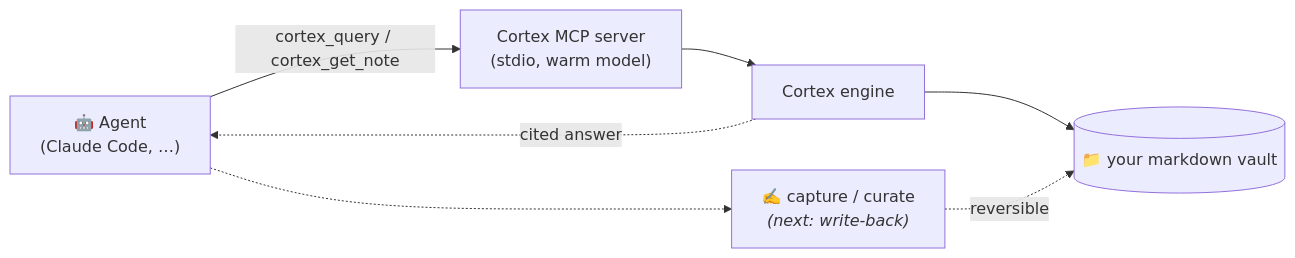
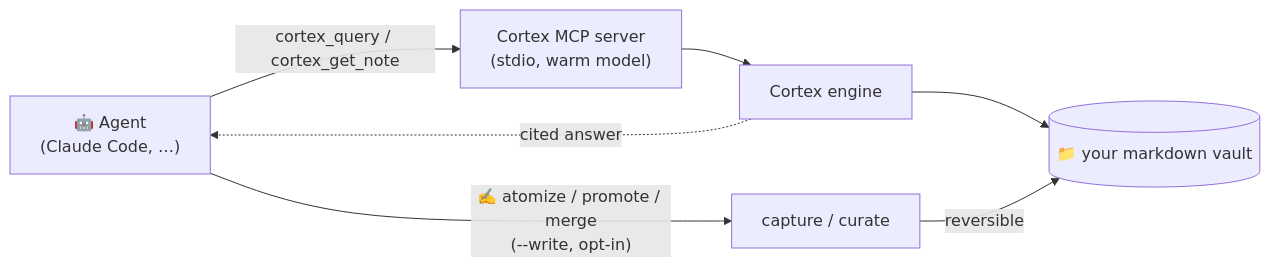
Before and after one commit to n1x-technologies/n1x-cortex: the first of 2 diagrams in README.md, drawn with Mermaid. The commit also changed other lines of this file and 2 other files, not shown here.

First line of the commit message:
docs: README + CLAUDE for MCP write/curate; mark roadmap item done

````diff
--- a/README.md
+++ b/README.md
@@ -92,9 +110,9 @@
 ```mermaid
 flowchart LR
   A["🤖 Agent<br/>(Claude Code, …)"] -->|cortex_query / cortex_get_note| M["Cortex MCP server<br/>(stdio, warm model)"]
   M --> E["Cortex engine"]
   E --> V[("📁 your markdown vault")]
   E -.cited answer.-> A
-  A -.-> W["✍️ capture / curate<br/><i>(next: write-back)</i>"]
-  W -.reversible.-> V
+  A -->|"✍️ atomize / promote / merge<br/>(--write, opt-in)"| W["capture / curate"]
+  W -->|reversible| V
 ```
````
